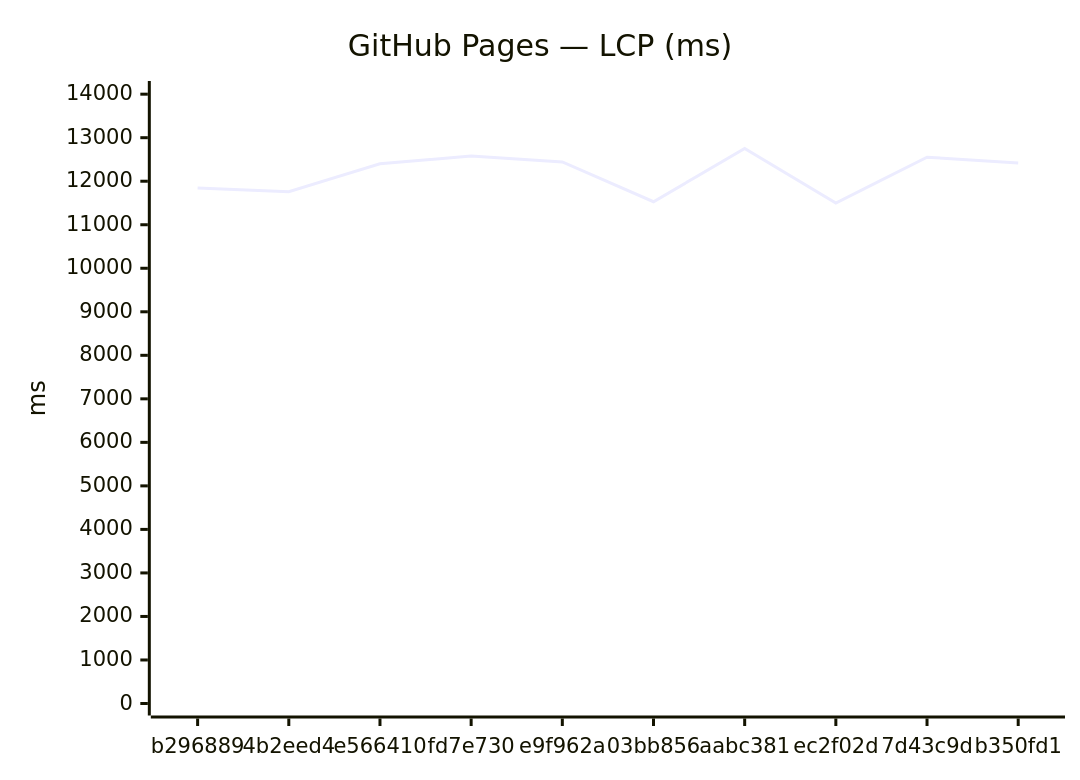
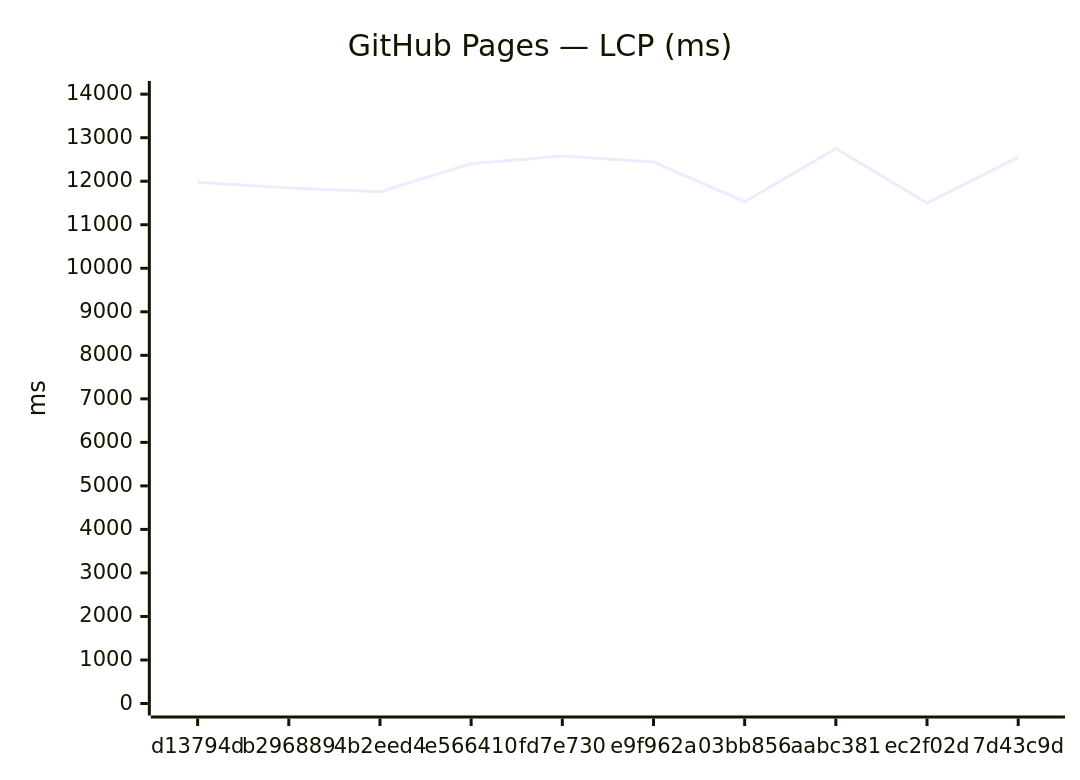
Before and after one commit to Metaheurist/Rianell: the third of 18 diagrams in benchmarks/compare.md, drawn with Mermaid. The commit also changed other lines of this file and 11 other files, not shown here.

````diff
--- a/benchmarks/compare.md
+++ b/benchmarks/compare.md
@@ -54,7 +54,7 @@
 ```mermaid
 xychart-beta
     title "GitHub Pages — LCP (ms)"
-    x-axis ["b296889", "4b2eed4", "e566410", "fd7e730", "e9f962a", "03bb856", "aabc381", "ec2f02d", "7d43c9d", "b350fd1"]
+    x-axis ["d13794d", "b296889", "4b2eed4", "e566410", "fd7e730", "e9f962a", "03bb856", "aabc381", "ec2f02d", "7d43c9d"]
     y-axis "ms" 0 --> 14027
-    line [11847, 11759, 12402, 12580, 12444, 11529, 12751, 11500, 12552, 12421]
+    line [11979, 11847, 11759, 12402, 12580, 12444, 11529, 12751, 11500, 12552]
 ```
````
